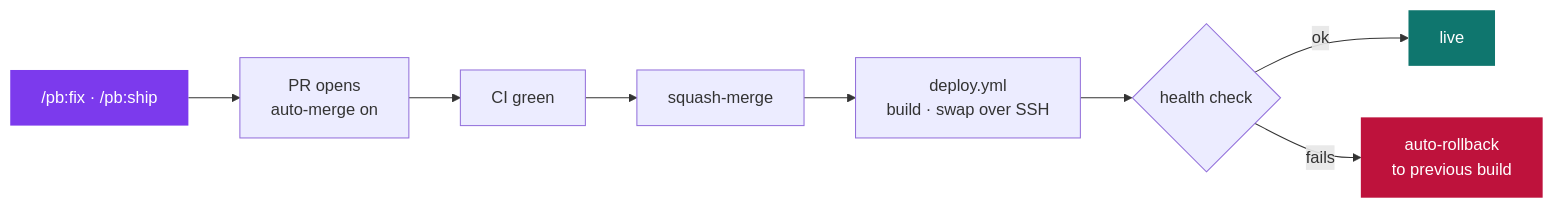
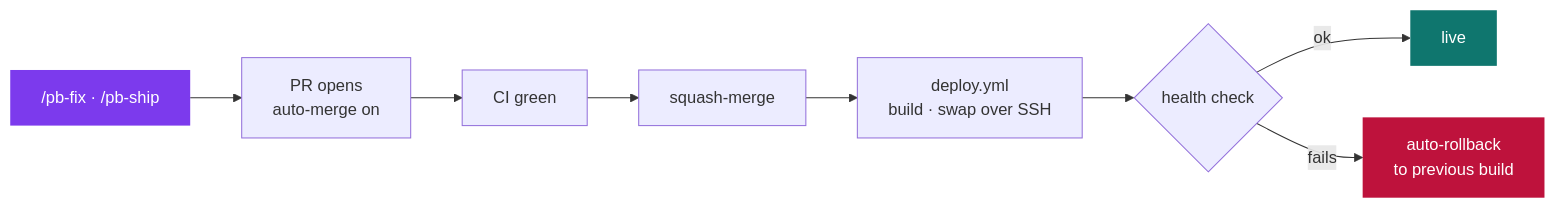
One commit to matthummel-pa/ai-dev-standards-playbook changed the second of 3 diagrams in README.md. Above: the diagram before and after it, drawn with Mermaid. The commit also changed other lines of this file and 35 other files, not shown here.

````diff
--- a/README.md
+++ b/README.md
@@ -150,9 +161,9 @@
 ```mermaid
 flowchart LR
-  F["/pb:fix · /pb:ship"] --> P[PR opens<br/>auto-merge on] --> C[CI green] --> M[squash-merge] --> D[deploy.yml<br/>build · swap over SSH] --> H{health check}
+  F["/pb-fix · /pb-ship"] --> P[PR opens<br/>auto-merge on] --> C[CI green] --> M[squash-merge] --> D[deploy.yml<br/>build · swap over SSH] --> H{health check}
   H -- ok --> L[live]
   H -- fails --> R[auto-rollback<br/>to previous build]
   style F fill:#7c3aed,color:#fff,stroke:none
   style L fill:#0f766e,color:#fff,stroke:none
   style R fill:#be123c,color:#fff,stroke:none
 ```
````
